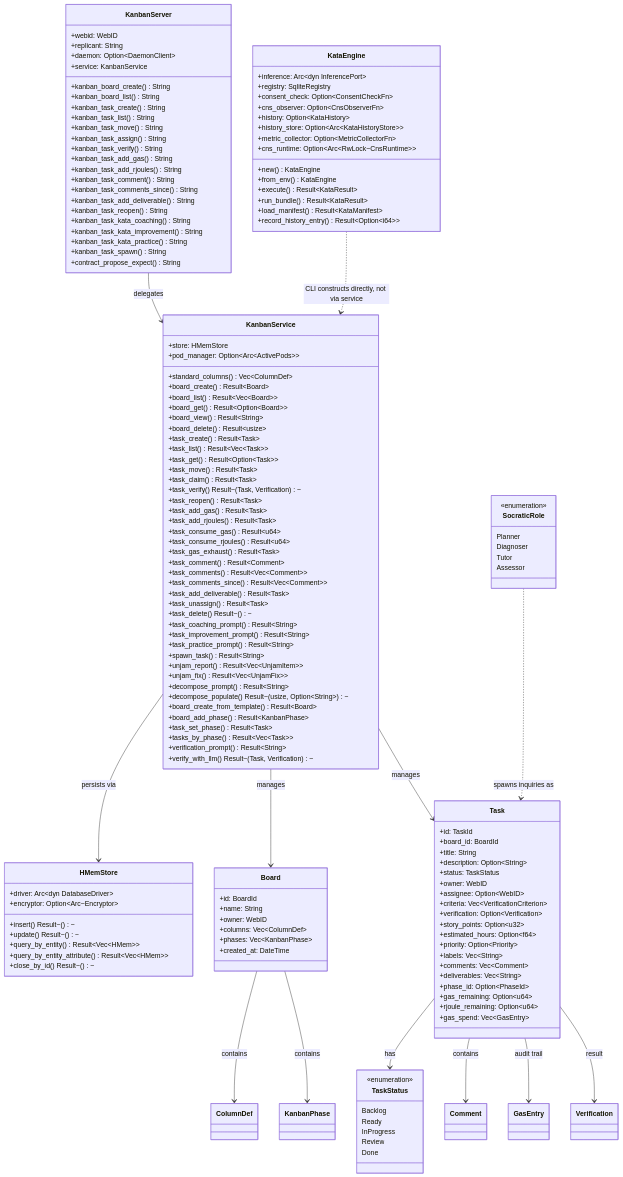
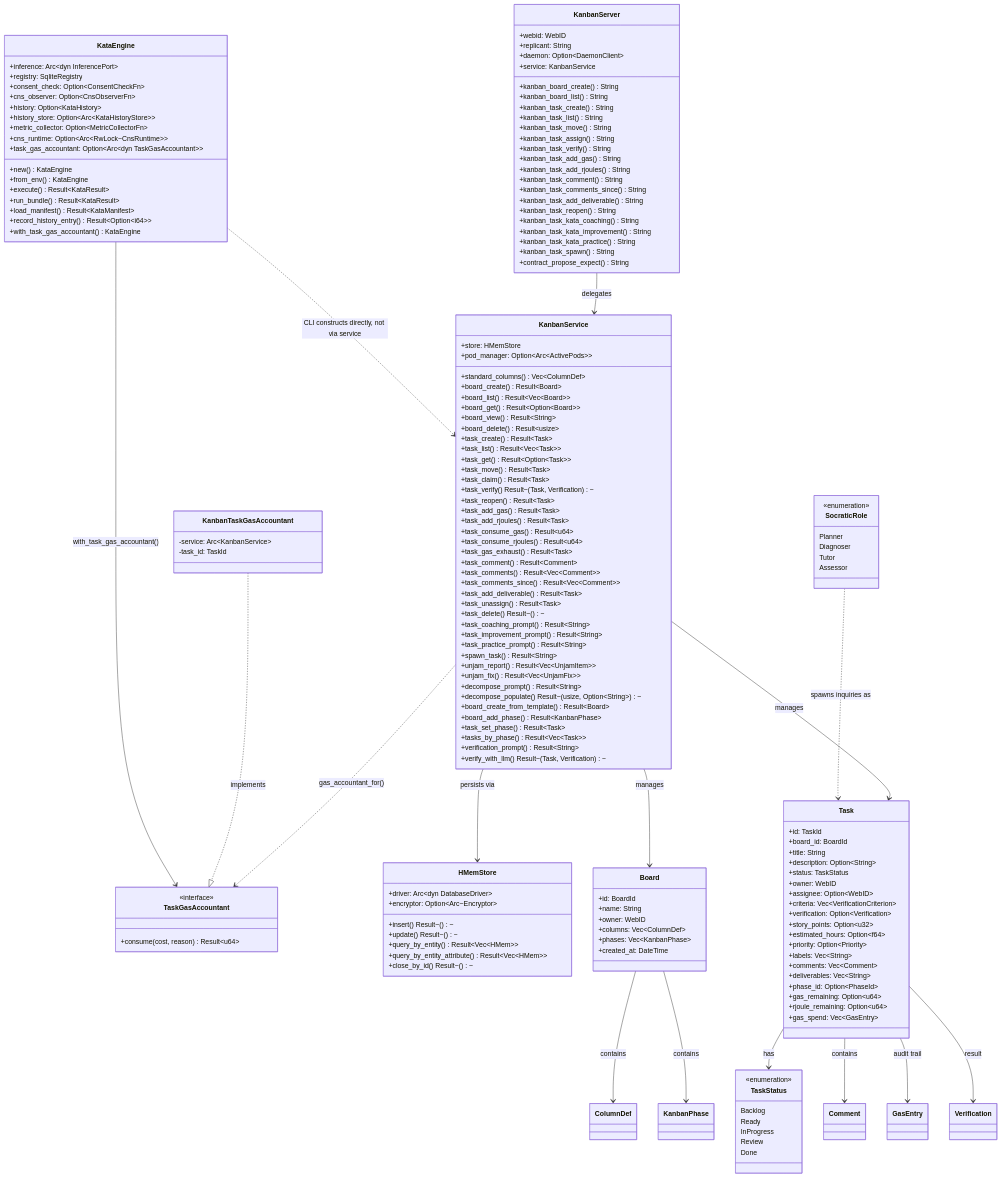
The diagram in docs/diagrams/class-kata-kanban-architecture.md (mdz-axo/hKask), drawn with Mermaid before and after one commit. The commit also changed other lines of this file and 3 other files, not shown here.

First line of the commit message:
Wire kata-kanban gas loop and fix RunPod entrypoint

````diff
--- a/docs/diagrams/class-kata-kanban-architecture.md
+++ b/docs/diagrams/class-kata-kanban-architecture.md
@@ -92,12 +94,24 @@
         +history_store: Option~Arc~KataHistoryStore~~
         +metric_collector: Option~MetricCollectorFn~
         +cns_runtime: Option~Arc~RwLock~CnsRuntime~~
+        +task_gas_accountant: Option~Arc~dyn TaskGasAccountant~~
         +new() KataEngine
         +from_env() KataEngine
         +execute() Result~KataResult~
         +run_bundle() Result~KataResult~
         +load_manifest() Result~KataManifest~
         +record_history_entry() Result~Option~i64~~
+        +with_task_gas_accountant() KataEngine
+    }
+
+    class TaskGasAccountant {
+        <<interface>>
+        +consume(cost, reason) Result~u64~
+    }
+
+    class KanbanTaskGasAccountant {
+        -service: Arc~KanbanService~
+        -task_id: TaskId
     }
 
     class HMemStore {
@@ -162,6 +176,10 @@
     KanbanService --> HMemStore : persists via
     KanbanService --> Board : manages
     KanbanService --> Task : manages
+    KanbanService ..> TaskGasAccountant : gas_accountant_for()
+    KanbanTaskGasAccountant ..|> TaskGasAccountant : implements
+    KataEngine --> TaskGasAccountant : with_task_gas_accountant()
+    KataEngine ..> KanbanService : CLI constructs directly, not via service
     Board --> ColumnDef : contains
     Board --> KanbanPhase : contains
     Task --> TaskStatus : has
@@ -169,5 +187,4 @@
     Task --> GasEntry : audit trail
     Task --> Verification : result
     SocraticRole ..> Task : spawns inquiries as
-    KataEngine ..> KanbanService : CLI constructs directly, not via service
 ```
````
